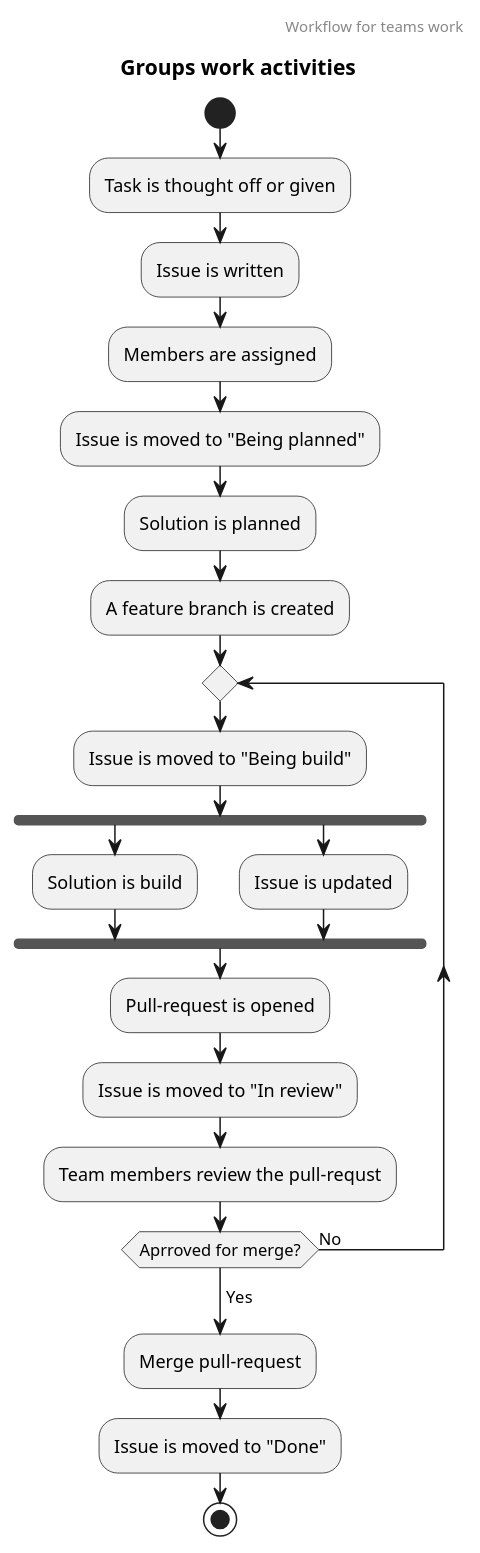
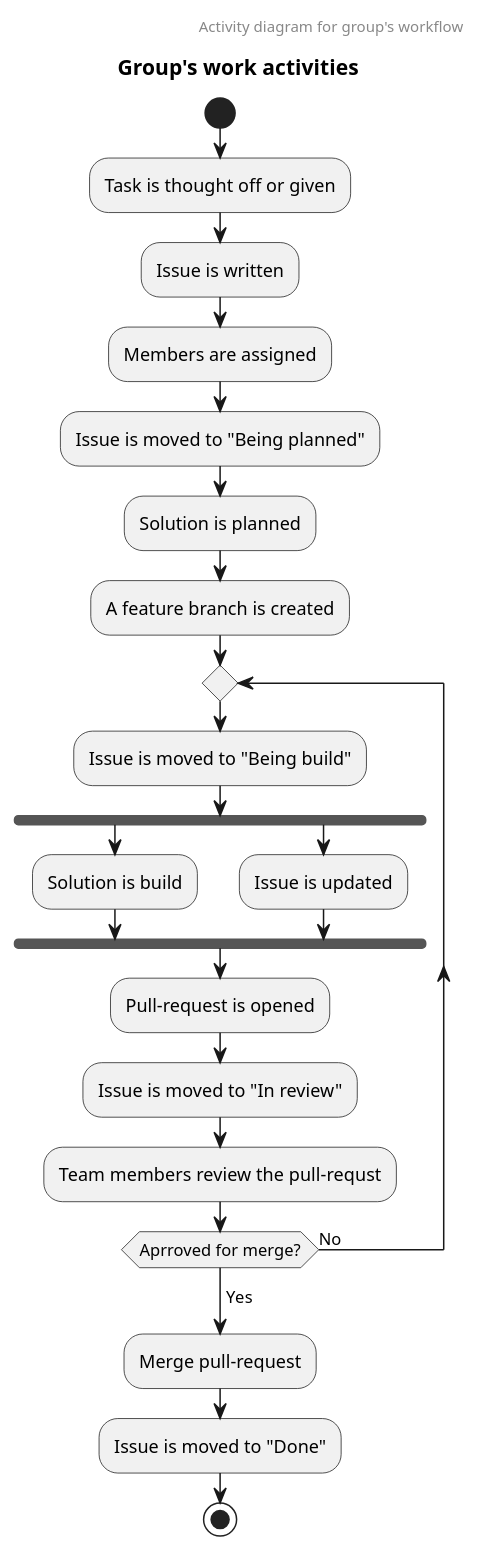
Before and after one commit to ITU-BDSA23-GROUP10/Chirp: the diagram in Docs/report_diagrams/UML_activity_diagrams/Team_workflow.puml, drawn with PlantUML. The commit also changed 4 other files, not shown here.

```diff
--- a/Docs/report_diagrams/UML_activity_diagrams/Team_workflow.puml
+++ b/Docs/report_diagrams/UML_activity_diagrams/Team_workflow.puml
@@ -1,26 +1,26 @@
 @startuml team_workflow
-header Workflow for teams work
-title Groups work activities 
+header Activity diagram for group's workflow
+title Group's work activities 
 start
 :Task is thought off or given;
 :Issue is written;
 :Members are assigned;
 :Issue is moved to "Being planned";
 :Solution is planned;
 :A feature branch is created; 
 repeat
     :Issue is moved to "Being build";
     fork
         :Solution is build;
     fork again
         :Issue is updated;
     endfork
     :Pull-request is opened;
     :Issue is moved to "In review";
     :Team members review the pull-requst;
 repeat while (Aprroved for merge?) is (No)
 ->Yes;
 :Merge pull-request;
 :Issue is moved to "Done";
 stop
 @enduml
```
